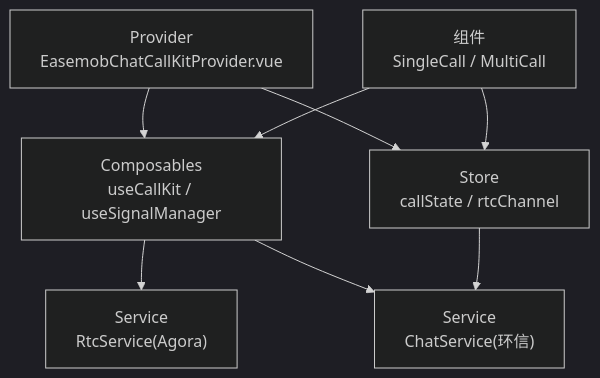
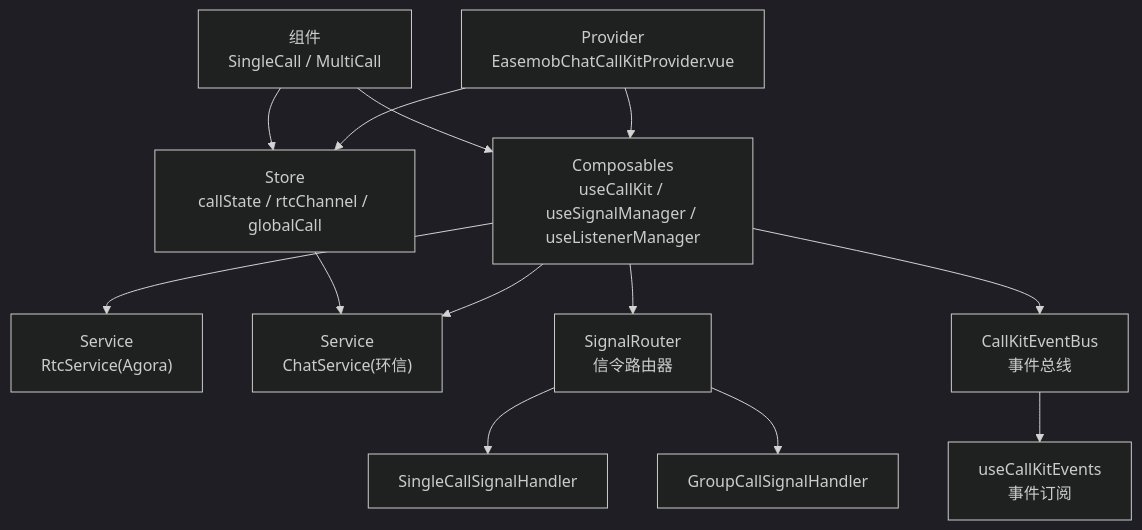
Before and after one commit to Easemob-Community/easemob-uikit-callkit-vue3: the second of 14 diagrams in .qoder/repowiki/zh/content/架构设计.md, drawn with Mermaid (dark theme). The commit also changed other lines of this file and 58 other files, not shown here.

````diff
--- a/.qoder/repowiki/zh/content/架构设计.md
+++ b/.qoder/repowiki/zh/content/架构设计.md
@@ -102,10 +143,15 @@
 ```mermaid
 graph TB
-P["Provider<br/>EasemobChatCallKitProvider.vue"] --> C1["Composables<br/>useCallKit / useSignalManager"]
-P --> C2["Store<br/>callState / rtcChannel"]
+P["Provider<br/>EasemobChatCallKitProvider.vue"] --> C1["Composables<br/>useCallKit / useSignalManager / useListenerManager"]
+P --> C2["Store<br/>callState / rtcChannel / globalCall"]
 C1 --> S1["Service<br/>RtcService(Agora)"]
 C1 --> S2["Service<br/>ChatService(环信)"]
+C1 --> SR["SignalRouter<br/>信令路由器"]
+SR --> SCH["SingleCallSignalHandler"]
+SR --> GCH["GroupCallSignalHandler"]
 C2 --> S2
+C1 --> EBUS["CallKitEventBus<br/>事件总线"]
+EBUS --> UE["useCallKitEvents<br/>事件订阅"]
 UI["组件<br/>SingleCall / MultiCall"] --> C1
 UI --> C2
 ```
````
